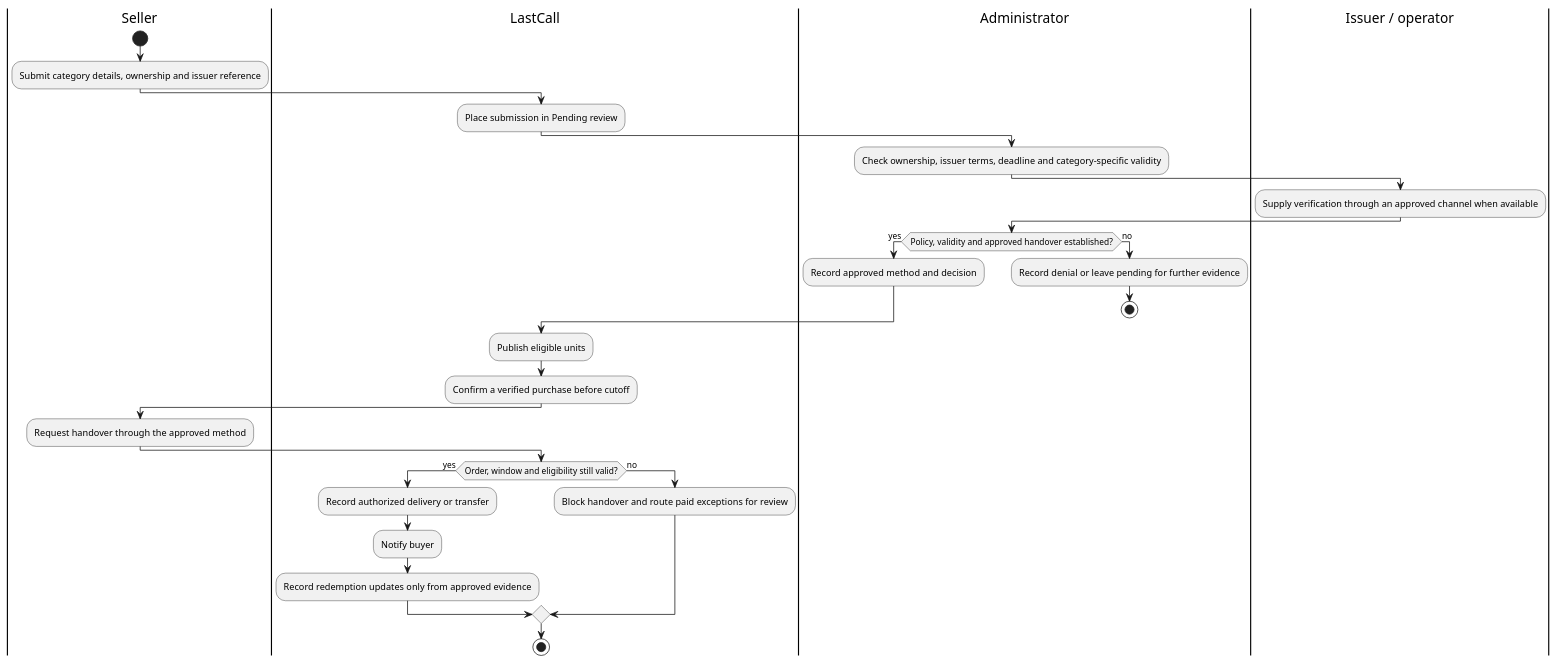
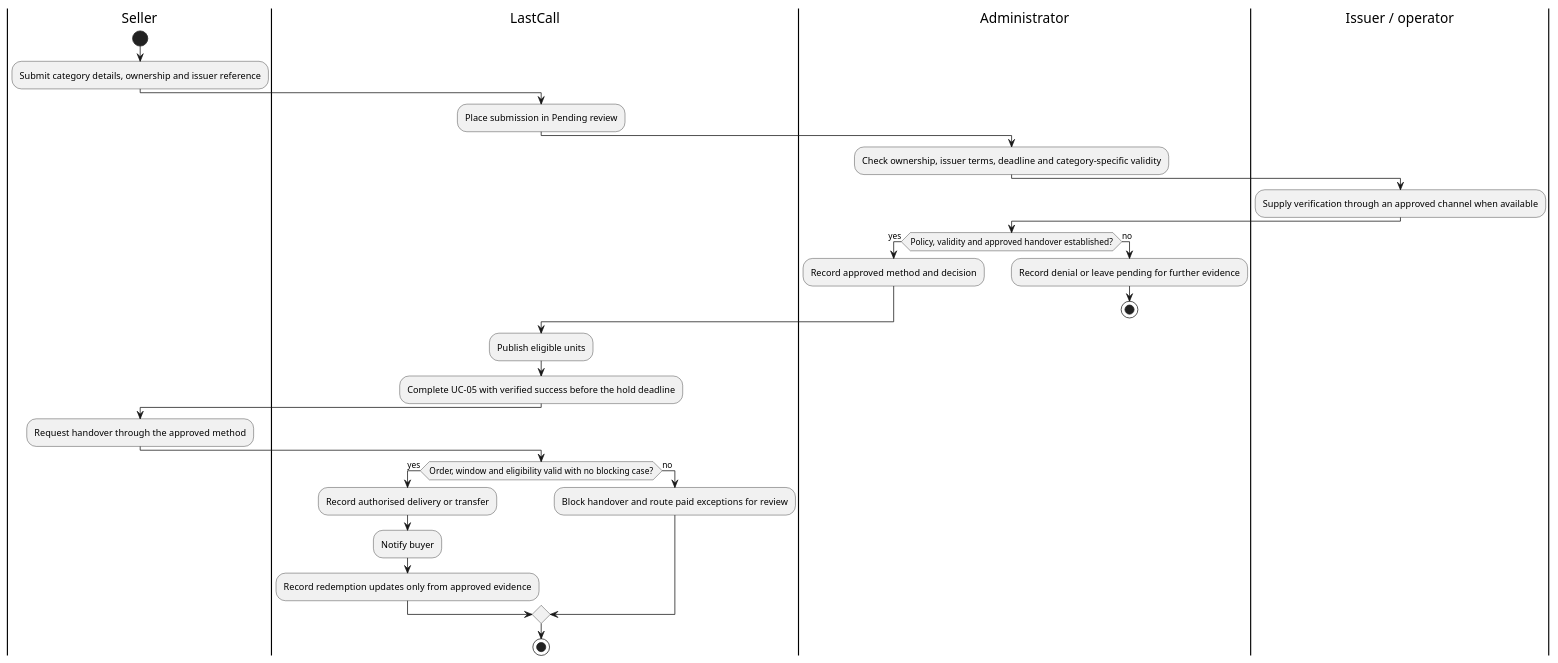
Before and after one commit to aunabil-abtahi/lastcall-sad: the ninth of 19 diagrams in docs/05-srs/SRS.md, drawn with PlantUML. The commit also changed other lines of this file, not shown here.

````diff
--- a/docs/05-srs/SRS.md
+++ b/docs/05-srs/SRS.md
@@ -637,34 +734,34 @@
 ```plantuml
 @startuml
 |Seller|
 start
 :Submit category details, ownership and issuer reference;
 |LastCall|
 :Place submission in Pending review;
 |Administrator|
 :Check ownership, issuer terms, deadline and category-specific validity;
 |Issuer / operator|
 :Supply verification through an approved channel when available;
 |Administrator|
 if (Policy, validity and approved handover established?) then (yes)
   :Record approved method and decision;
 else (no)
   :Record denial or leave pending for further evidence;
   stop
 endif
 |LastCall|
 :Publish eligible units;
-:Confirm a verified purchase before cutoff;
+:Complete UC-05 with verified success before the hold deadline;
 |Seller|
 :Request handover through the approved method;
 |LastCall|
-if (Order, window and eligibility still valid?) then (yes)
-  :Record authorized delivery or transfer;
+if (Order, window and eligibility valid with no blocking case?) then (yes)
+  :Record authorised delivery or transfer;
   :Notify buyer;
   :Record redemption updates only from approved evidence;
 else (no)
   :Block handover and route paid exceptions for review;
 endif
 stop
 @enduml
 ```
````
